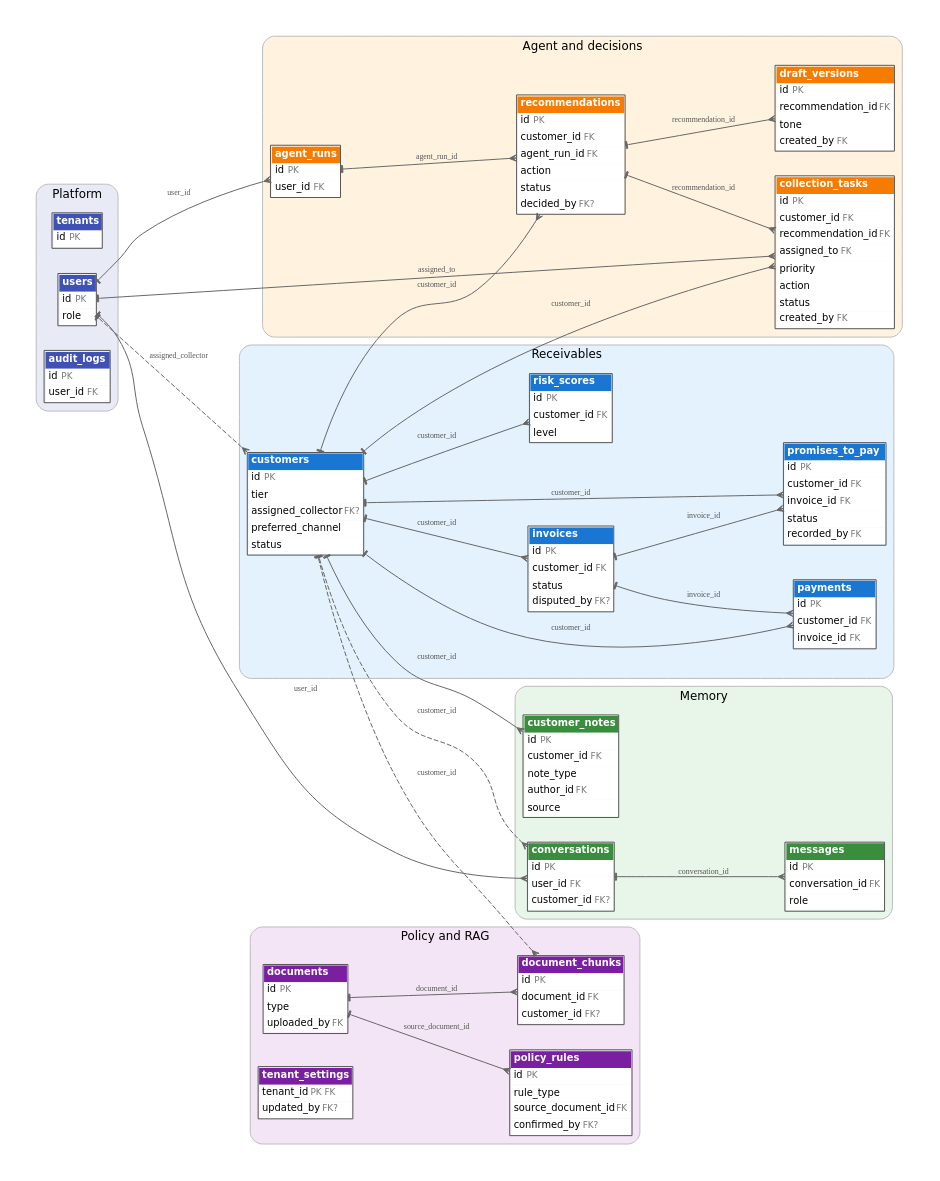
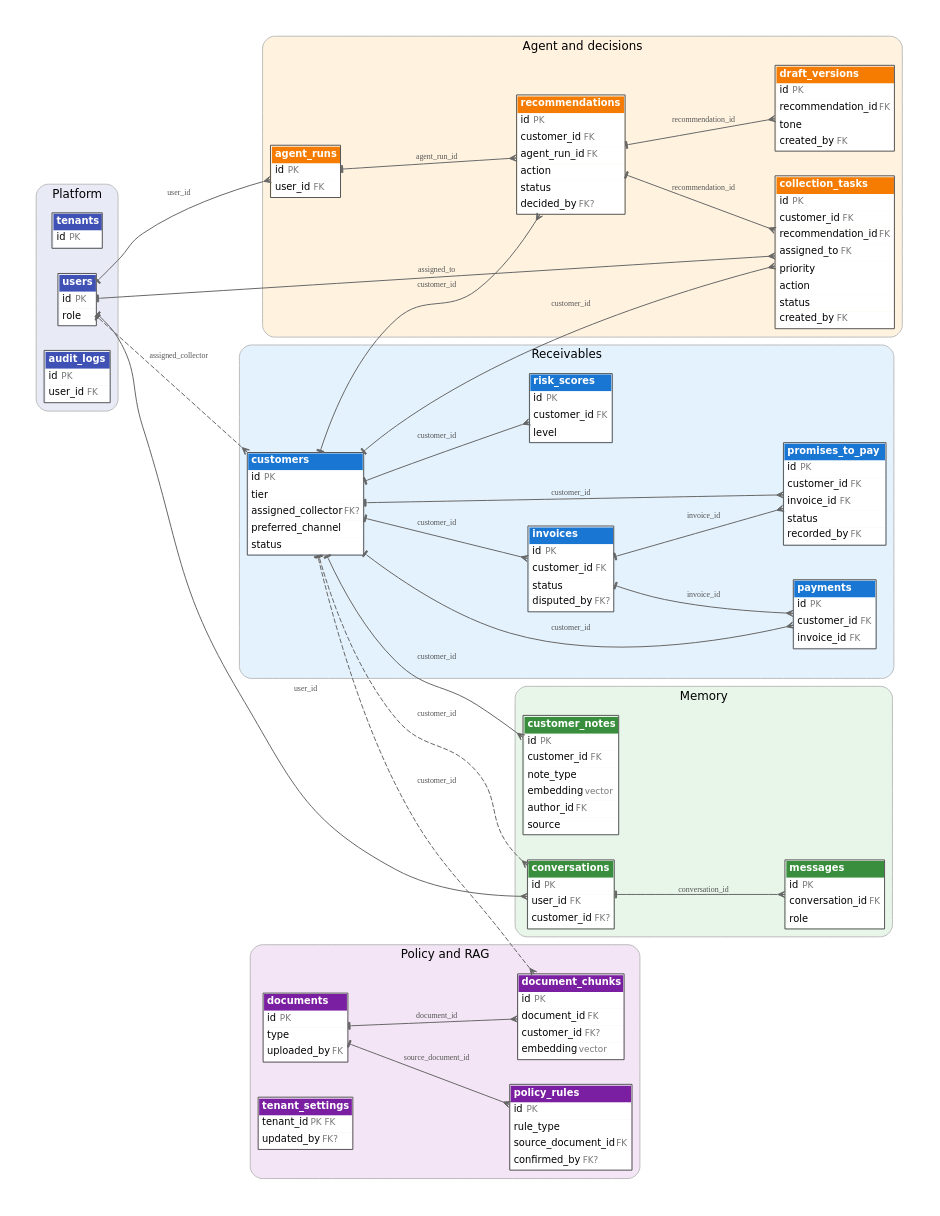
The diagram in docs/diagrams/erd.dot (alialsharqawi/Tahseel-Copilot), drawn with Graphviz before and after one commit. The commit also changed 2 other files, not shown here.

Commit message:
docs(diagrams): show the embedding columns on customer_notes and document_chunks (D16)

```diff
--- a/docs/diagrams/erd.dot
+++ b/docs/diagrams/erd.dot
@@ -15,7 +15,7 @@
   risk_scores [shape=plain label=<<TABLE BORDER="1" CELLBORDER="0" CELLSPACING="0" CELLPADDING="3" COLOR="#555555"><TR><TD BGCOLOR="#1976D2" ALIGN="LEFT"><FONT COLOR="white"><B>risk_scores</B></FONT></TD></TR><TR><TD ALIGN="LEFT" BGCOLOR="white">id <FONT COLOR='#777777' POINT-SIZE='9'>PK</FONT></TD></TR><TR><TD ALIGN="LEFT" BGCOLOR="white">customer_id <FONT COLOR='#777777' POINT-SIZE='9'>FK</FONT></TD></TR><TR><TD ALIGN="LEFT" BGCOLOR="white">level</TD></TR></TABLE>>];
   }
   subgraph cluster_memory { label="Memory"; style="rounded,filled"; fillcolor="#E8F5E9"; color="#BBBBBB"; fontsize=12;
-  customer_notes [shape=plain label=<<TABLE BORDER="1" CELLBORDER="0" CELLSPACING="0" CELLPADDING="3" COLOR="#555555"><TR><TD BGCOLOR="#388E3C" ALIGN="LEFT"><FONT COLOR="white"><B>customer_notes</B></FONT></TD></TR><TR><TD ALIGN="LEFT" BGCOLOR="white">id <FONT COLOR='#777777' POINT-SIZE='9'>PK</FONT></TD></TR><TR><TD ALIGN="LEFT" BGCOLOR="white">customer_id <FONT COLOR='#777777' POINT-SIZE='9'>FK</FONT></TD></TR><TR><TD ALIGN="LEFT" BGCOLOR="white">note_type</TD></TR><TR><TD ALIGN="LEFT" BGCOLOR="white">author_id <FONT COLOR='#777777' POINT-SIZE='9'>FK</FONT></TD></TR><TR><TD ALIGN="LEFT" BGCOLOR="white">source</TD></TR></TABLE>>];
+  customer_notes [shape=plain label=<<TABLE BORDER="1" CELLBORDER="0" CELLSPACING="0" CELLPADDING="3" COLOR="#555555"><TR><TD BGCOLOR="#388E3C" ALIGN="LEFT"><FONT COLOR="white"><B>customer_notes</B></FONT></TD></TR><TR><TD ALIGN="LEFT" BGCOLOR="white">id <FONT COLOR='#777777' POINT-SIZE='9'>PK</FONT></TD></TR><TR><TD ALIGN="LEFT" BGCOLOR="white">customer_id <FONT COLOR='#777777' POINT-SIZE='9'>FK</FONT></TD></TR><TR><TD ALIGN="LEFT" BGCOLOR="white">note_type</TD></TR><TR><TD ALIGN="LEFT" BGCOLOR="white">embedding <FONT COLOR='#777777' POINT-SIZE='9'>vector</FONT></TD></TR><TR><TD ALIGN="LEFT" BGCOLOR="white">author_id <FONT COLOR='#777777' POINT-SIZE='9'>FK</FONT></TD></TR><TR><TD ALIGN="LEFT" BGCOLOR="white">source</TD></TR></TABLE>>];
   conversations [shape=plain label=<<TABLE BORDER="1" CELLBORDER="0" CELLSPACING="0" CELLPADDING="3" COLOR="#555555"><TR><TD BGCOLOR="#388E3C" ALIGN="LEFT"><FONT COLOR="white"><B>conversations</B></FONT></TD></TR><TR><TD ALIGN="LEFT" BGCOLOR="white">id <FONT COLOR='#777777' POINT-SIZE='9'>PK</FONT></TD></TR><TR><TD ALIGN="LEFT" BGCOLOR="white">user_id <FONT COLOR='#777777' POINT-SIZE='9'>FK</FONT></TD></TR><TR><TD ALIGN="LEFT" BGCOLOR="white">customer_id <FONT COLOR='#777777' POINT-SIZE='9'>FK?</FONT></TD></TR></TABLE>>];
   messages [shape=plain label=<<TABLE BORDER="1" CELLBORDER="0" CELLSPACING="0" CELLPADDING="3" COLOR="#555555"><TR><TD BGCOLOR="#388E3C" ALIGN="LEFT"><FONT COLOR="white"><B>messages</B></FONT></TD></TR><TR><TD ALIGN="LEFT" BGCOLOR="white">id <FONT COLOR='#777777' POINT-SIZE='9'>PK</FONT></TD></TR><TR><TD ALIGN="LEFT" BGCOLOR="white">conversation_id <FONT COLOR='#777777' POINT-SIZE='9'>FK</FONT></TD></TR><TR><TD ALIGN="LEFT" BGCOLOR="white">role</TD></TR></TABLE>>];
   }
@@ -27,7 +27,7 @@
   }
   subgraph cluster_policy { label="Policy and RAG"; style="rounded,filled"; fillcolor="#F3E5F5"; color="#BBBBBB"; fontsize=12;
   documents [shape=plain label=<<TABLE BORDER="1" CELLBORDER="0" CELLSPACING="0" CELLPADDING="3" COLOR="#555555"><TR><TD BGCOLOR="#7B1FA2" ALIGN="LEFT"><FONT COLOR="white"><B>documents</B></FONT></TD></TR><TR><TD ALIGN="LEFT" BGCOLOR="white">id <FONT COLOR='#777777' POINT-SIZE='9'>PK</FONT></TD></TR><TR><TD ALIGN="LEFT" BGCOLOR="white">type</TD></TR><TR><TD ALIGN="LEFT" BGCOLOR="white">uploaded_by <FONT COLOR='#777777' POINT-SIZE='9'>FK</FONT></TD></TR></TABLE>>];
-  document_chunks [shape=plain label=<<TABLE BORDER="1" CELLBORDER="0" CELLSPACING="0" CELLPADDING="3" COLOR="#555555"><TR><TD BGCOLOR="#7B1FA2" ALIGN="LEFT"><FONT COLOR="white"><B>document_chunks</B></FONT></TD></TR><TR><TD ALIGN="LEFT" BGCOLOR="white">id <FONT COLOR='#777777' POINT-SIZE='9'>PK</FONT></TD></TR><TR><TD ALIGN="LEFT" BGCOLOR="white">document_id <FONT COLOR='#777777' POINT-SIZE='9'>FK</FONT></TD></TR><TR><TD ALIGN="LEFT" BGCOLOR="white">customer_id <FONT COLOR='#777777' POINT-SIZE='9'>FK?</FONT></TD></TR></TABLE>>];
+  document_chunks [shape=plain label=<<TABLE BORDER="1" CELLBORDER="0" CELLSPACING="0" CELLPADDING="3" COLOR="#555555"><TR><TD BGCOLOR="#7B1FA2" ALIGN="LEFT"><FONT COLOR="white"><B>document_chunks</B></FONT></TD></TR><TR><TD ALIGN="LEFT" BGCOLOR="white">id <FONT COLOR='#777777' POINT-SIZE='9'>PK</FONT></TD></TR><TR><TD ALIGN="LEFT" BGCOLOR="white">document_id <FONT COLOR='#777777' POINT-SIZE='9'>FK</FONT></TD></TR><TR><TD ALIGN="LEFT" BGCOLOR="white">customer_id <FONT COLOR='#777777' POINT-SIZE='9'>FK?</FONT></TD></TR><TR><TD ALIGN="LEFT" BGCOLOR="white">embedding <FONT COLOR='#777777' POINT-SIZE='9'>vector</FONT></TD></TR></TABLE>>];
   policy_rules [shape=plain label=<<TABLE BORDER="1" CELLBORDER="0" CELLSPACING="0" CELLPADDING="3" COLOR="#555555"><TR><TD BGCOLOR="#7B1FA2" ALIGN="LEFT"><FONT COLOR="white"><B>policy_rules</B></FONT></TD></TR><TR><TD ALIGN="LEFT" BGCOLOR="white">id <FONT COLOR='#777777' POINT-SIZE='9'>PK</FONT></TD></TR><TR><TD ALIGN="LEFT" BGCOLOR="white">rule_type</TD></TR><TR><TD ALIGN="LEFT" BGCOLOR="white">source_document_id <FONT COLOR='#777777' POINT-SIZE='9'>FK</FONT></TD></TR><TR><TD ALIGN="LEFT" BGCOLOR="white">confirmed_by <FONT COLOR='#777777' POINT-SIZE='9'>FK?</FONT></TD></TR></TABLE>>];
   tenant_settings [shape=plain label=<<TABLE BORDER="1" CELLBORDER="0" CELLSPACING="0" CELLPADDING="3" COLOR="#555555"><TR><TD BGCOLOR="#7B1FA2" ALIGN="LEFT"><FONT COLOR="white"><B>tenant_settings</B></FONT></TD></TR><TR><TD ALIGN="LEFT" BGCOLOR="white">tenant_id <FONT COLOR='#777777' POINT-SIZE='9'>PK FK</FONT></TD></TR><TR><TD ALIGN="LEFT" BGCOLOR="white">updated_by <FONT COLOR='#777777' POINT-SIZE='9'>FK?</FONT></TD></TR></TABLE>>];
   }
```
